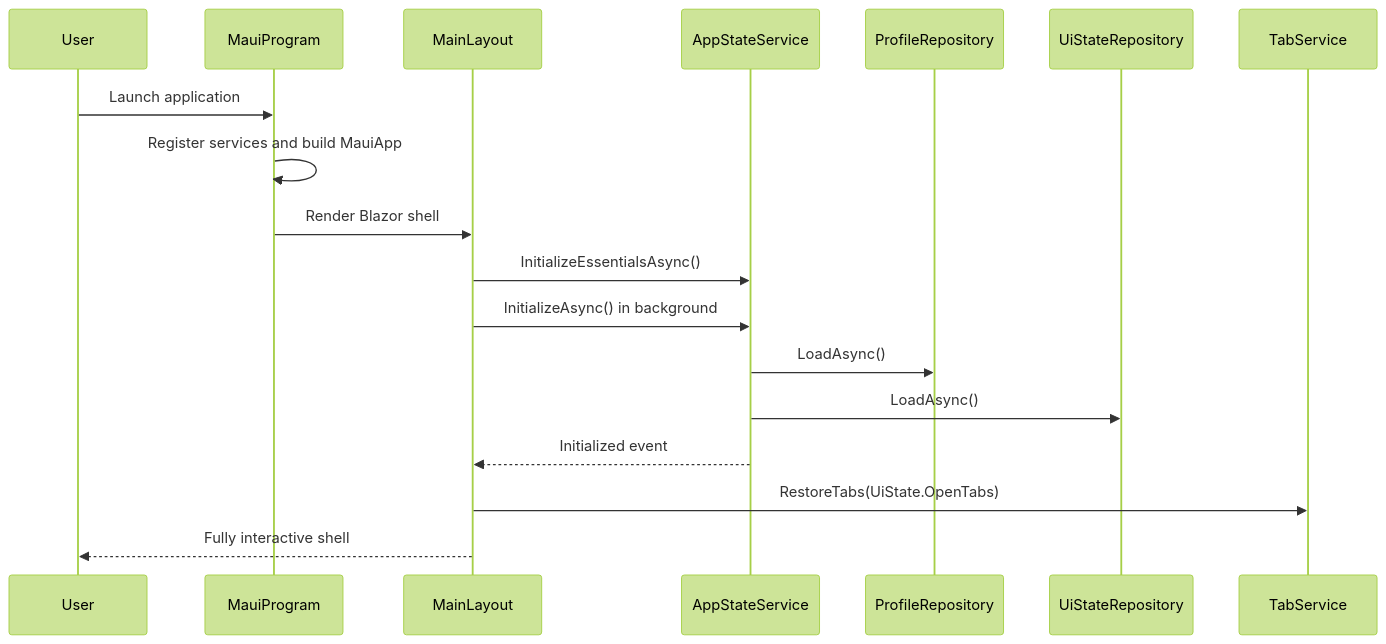
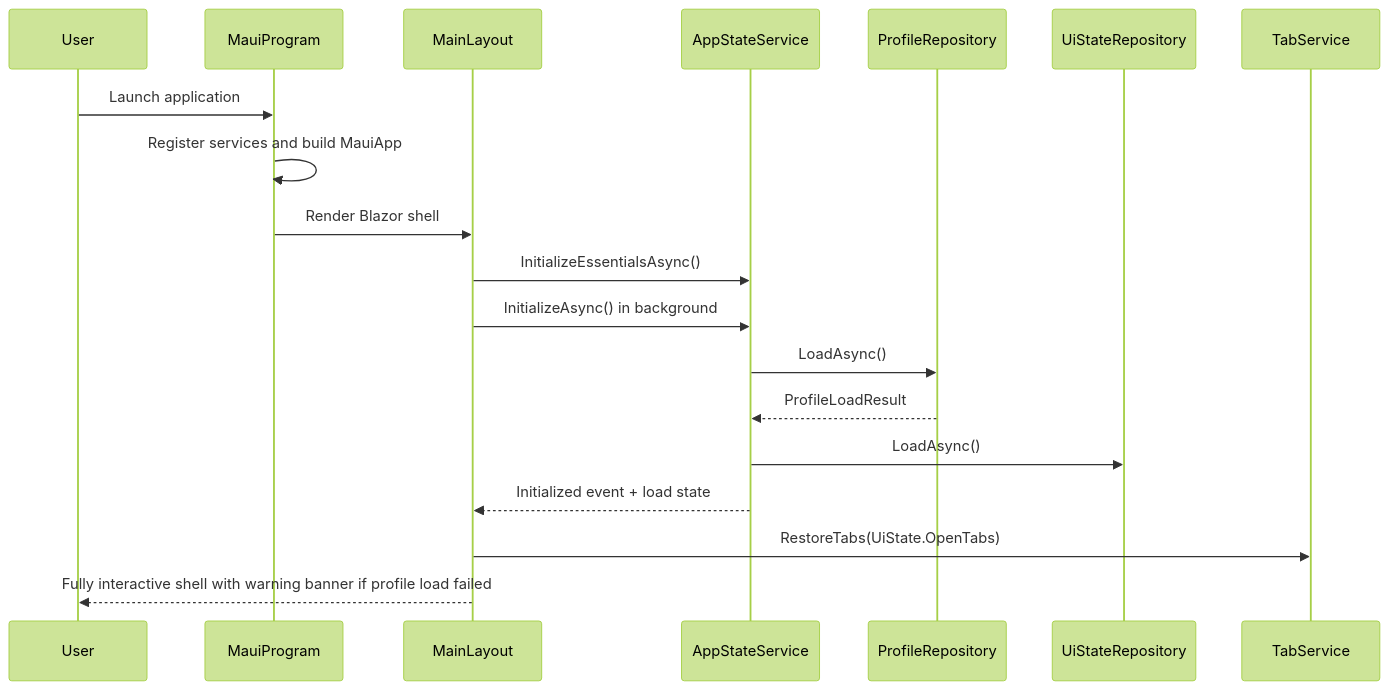
Before and after one commit to SWojtyla/SwebKit: the first of 5 diagrams in docs/architecture/design.md, drawn with Mermaid (forest theme). The commit also changed other lines of this file and 65 other files, not shown here.

````diff
--- a/docs/architecture/design.md
+++ b/docs/architecture/design.md
@@ -29,21 +29,22 @@
 ```mermaid
 sequenceDiagram
     participant User
     participant Maui as MauiProgram
     participant Layout as MainLayout
     participant AppState as AppStateService
     participant Profiles as ProfileRepository
     participant UiState as UiStateRepository
     participant Tabs as TabService
 
     User->>Maui: Launch application
     Maui->>Maui: Register services and build MauiApp
     Maui->>Layout: Render Blazor shell
     Layout->>AppState: InitializeEssentialsAsync()
     Layout->>AppState: InitializeAsync() in background
     AppState->>Profiles: LoadAsync()
+    Profiles-->>AppState: ProfileLoadResult
     AppState->>UiState: LoadAsync()
-    AppState-->>Layout: Initialized event
+    AppState-->>Layout: Initialized event + load state
     Layout->>Tabs: RestoreTabs(UiState.OpenTabs)
-    Layout-->>User: Fully interactive shell
+    Layout-->>User: Fully interactive shell with warning banner if profile load failed
 ```
````
